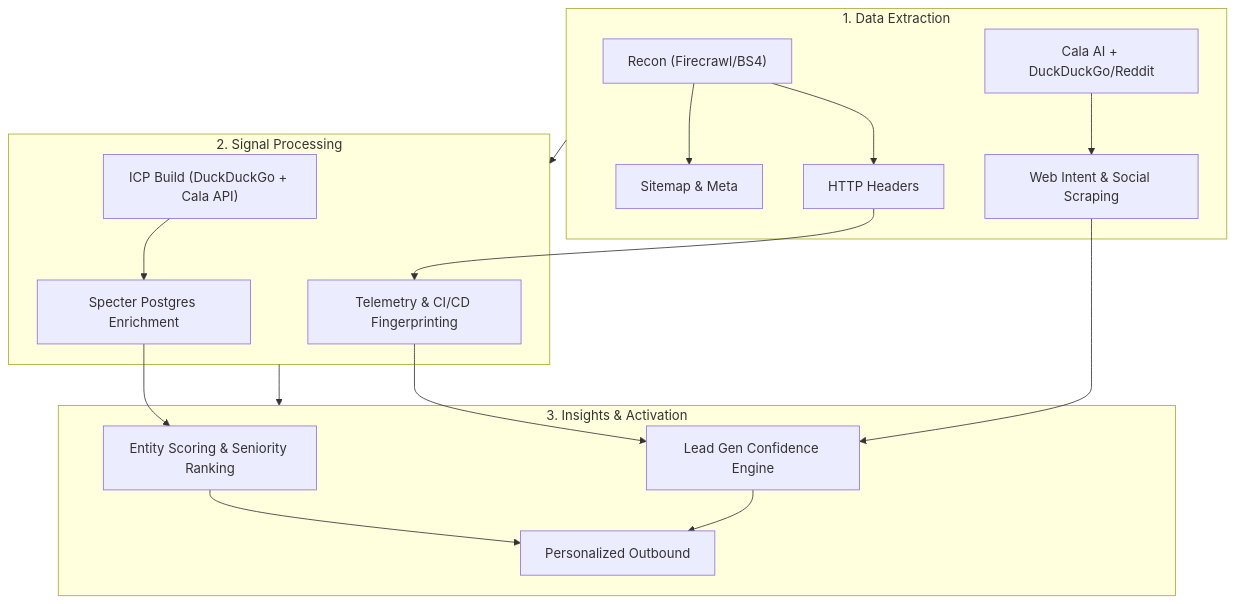
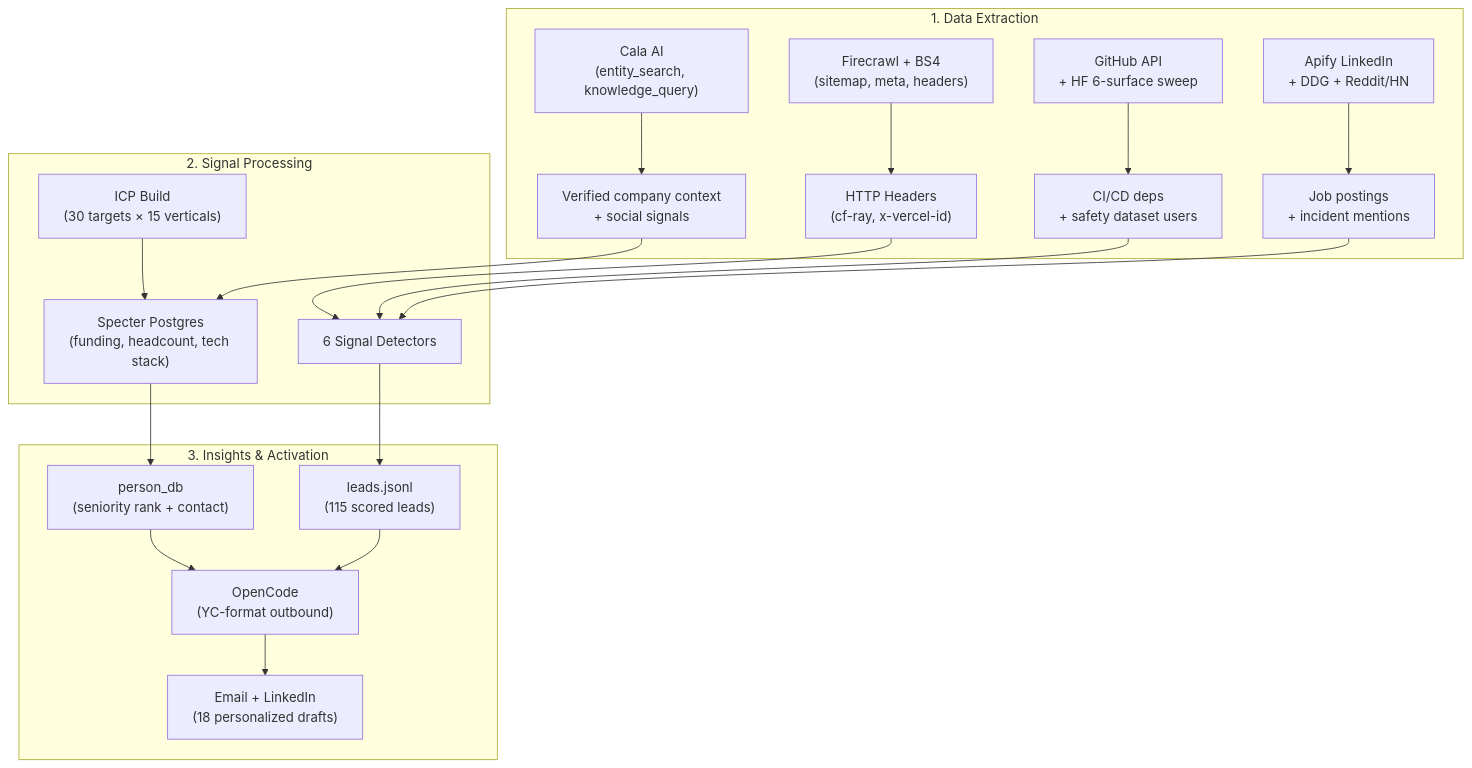
Before and after one commit to frankterpo/mermaidchart_prezi: the first of 10 diagrams in presentation/white_circle_prezi.md, drawn with Mermaid. The commit also changed other lines of this file, not shown here.

````diff
--- a/presentation/white_circle_prezi.md
+++ b/presentation/white_circle_prezi.md
@@ -20,21 +20,23 @@
 ```mermaid
 flowchart TD
     subgraph Data_Extraction [1. Data Extraction]
-        A1["Recon (Firecrawl/BS4)"] --> A2["Sitemap & Meta"]
-        A1 --> A3["HTTP Headers"]
-        A4["Cala AI + DuckDuckGo/Reddit"] --> A5["Web Intent & Social Scraping"]
+        A1["Firecrawl + BS4\n(sitemap, meta, headers)"] --> A3["HTTP Headers\n(cf-ray, x-vercel-id)"]
+        A4["Cala AI\n(entity_search, knowledge_query)"] --> A5["Verified company context\n+ social signals"]
+        A6["GitHub API\n+ HF 6-surface sweep"] --> A7["CI/CD deps\n+ safety dataset users"]
+        A8["Apify LinkedIn\n+ DDG + Reddit/HN"] --> A9["Job postings\n+ incident mentions"]
     end
     subgraph Signal_Processing [2. Signal Processing]
-        B1["ICP Build (DuckDuckGo + Cala API)"] --> B2["Specter Postgres Enrichment"]
-        A3 --> B3["Telemetry & CI/CD Fingerprinting"]
+        B1["ICP Build\n(30 targets × 15 verticals)"] --> B2["Specter Postgres\n(funding, headcount, tech stack)"]
+        A3 --> B3["6 Signal Detectors"]
+        A7 --> B3
+        A9 --> B3
+        A5 --> B2
     end
     subgraph Insights_Activation [3. Insights & Activation]
-        B2 --> C1["Entity Scoring & Seniority Ranking"]
-        B3 --> C2["Lead Gen Confidence Engine"]
-        A5 --> C2
-        C1 --> C3["Personalized Outbound"]
+        B2 --> C1["person_db\n(seniority rank + contact)"]
+        B3 --> C2["leads.jsonl\n(115 scored leads)"]
+        C1 --> C3["OpenCode\n(YC-format outbound)"]
         C2 --> C3
+        C3 --> C4["Email + LinkedIn\n(18 personalized drafts)"]
     end
-    Data_Extraction --> Signal_Processing
-    Signal_Processing --> Insights_Activation
 ```
````
